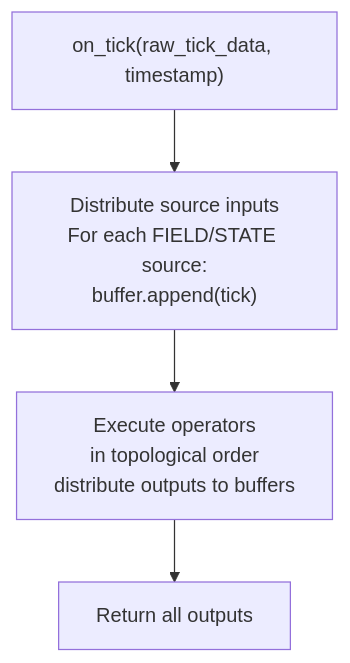
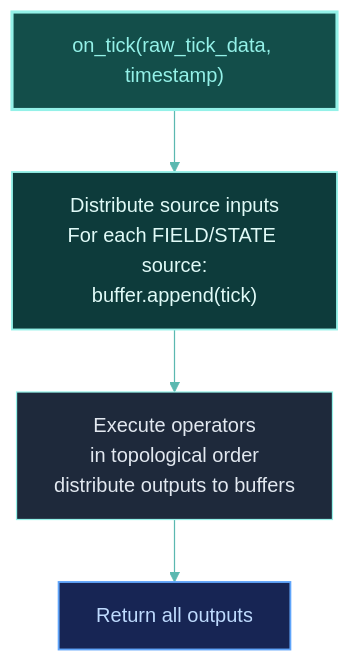
The diagram in engine/stateful-graph.mdx (Clypt/docs), drawn with Mermaid before and after one commit. The commit also changed other lines of this file and 73 other files, not shown here.

````diff
--- a/engine/stateful-graph.mdx
+++ b/engine/stateful-graph.mdx
@@ -144,7 +144,16 @@
 ```mermaid
+%%{init: {'theme': 'base', 'themeVariables': { 'primaryColor': '#1e293b', 'primaryTextColor': '#e2e8f0', 'primaryBorderColor': '#94F1E8', 'lineColor': '#5bb8b0', 'clusterBkg': '#0f172a', 'clusterBorder': '#1e3a3a', 'titleColor': '#94F1E8', 'edgeLabelBackground': 'transparent' }}}%%
 flowchart TB
+    classDef highlight fill:#134e4a,stroke:#94F1E8,stroke-width:2.5px,color:#94F1E8
+    classDef source fill:#0d3b3b,stroke:#94F1E8,stroke-width:1.5px,color:#e0faf7
+    classDef action fill:#172554,stroke:#60a5fa,stroke-width:1.5px,color:#bfdbfe
+
     OnTick["on_tick(raw_tick_data, timestamp)"]
     OnTick --> Step1["Distribute source inputs<br>For each FIELD/STATE source:<br>buffer.append(tick)"]
     Step1 --> Step2["Execute operators<br>in topological order<br>distribute outputs to buffers"]
     Step2 --> Step3["Return all outputs"]
+
+    class OnTick highlight
+    class Step1 source
+    class Step3 action
 ```
````
